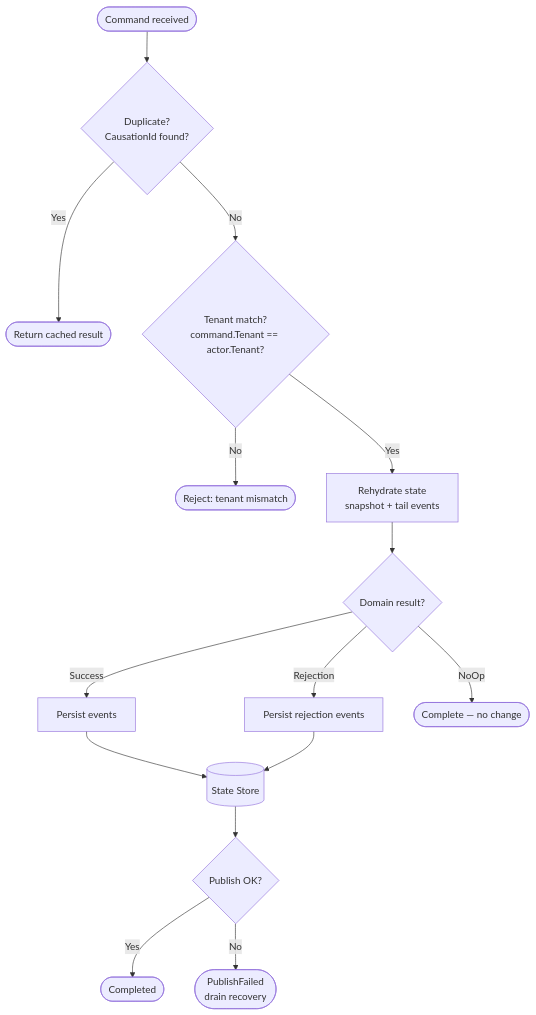
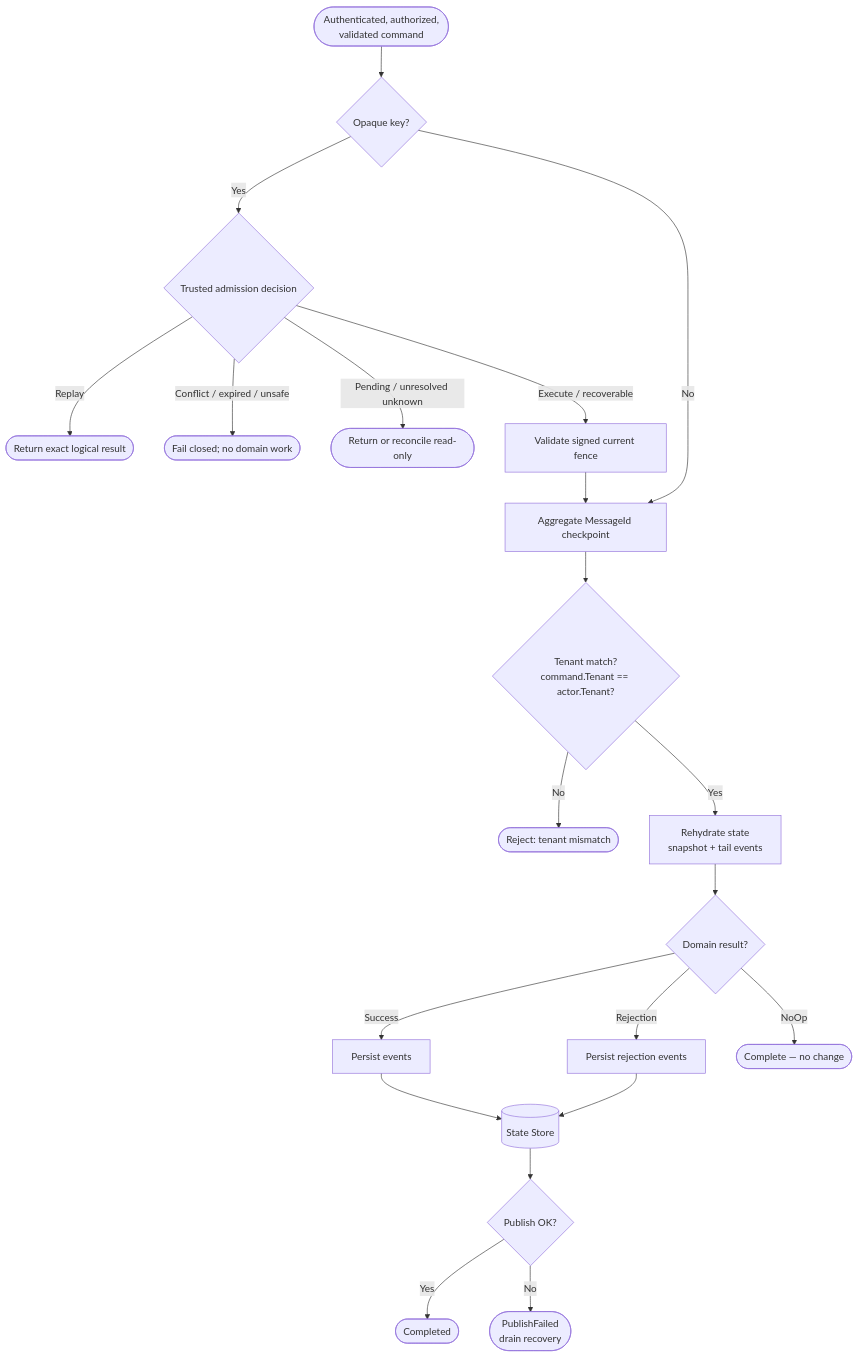
The second of 2 diagrams in docs/concepts/command-lifecycle.md (Hexalith/Hexalith.EventStore), drawn with Mermaid before and after one commit. The commit also changed other lines of this file and 127 other files, not shown here.

First line of the commit message:
feat(tests): add comprehensive unit tests for idempotency and aggregate actor functionalities

````diff
--- a/docs/concepts/command-lifecycle.md
+++ b/docs/concepts/command-lifecycle.md
@@ -207,17 +218,23 @@
 ```mermaid
 flowchart TD
-    Start([Command received]) --> Idempotency{Duplicate?<br/>CausationId found?}
-    Idempotency -->|Yes| Cached([Return cached result])
-    Idempotency -->|No| Tenant{Tenant match?<br/>command.Tenant == actor.Tenant?}
+    Start([Authenticated, authorized,<br/>validated command]) --> Admission{Opaque key?}
+    Admission -->|Yes| Classify{Trusted admission decision}
+    Classify -->|Replay| Cached([Return exact logical result])
+    Classify -->|Conflict / expired / unsafe| Stop([Fail closed; no domain work])
+    Classify -->|Pending / unresolved unknown| Wait([Return or reconcile read-only])
+    Classify -->|Execute / recoverable| Fence[Validate signed current fence]
+    Admission -->|No| Checkpoint[Aggregate MessageId checkpoint]
+    Fence --> Checkpoint
+    Checkpoint --> Tenant{Tenant match?<br/>command.Tenant == actor.Tenant?}
     Tenant -->|No| TenantReject([Reject: tenant mismatch])
     Tenant -->|Yes| Rehydrate[Rehydrate state<br/>snapshot + tail events]
     Rehydrate --> Domain{Domain result?}
     Domain -->|Success| Persist[Persist events]
     Domain -->|Rejection| PersistReject[Persist rejection events]
     Domain -->|NoOp| NoOp([Complete — no change])
     Persist --> Store[(State Store)]
     PersistReject --> Store
     Store --> Publish{Publish OK?}
     Publish -->|Yes| Completed([Completed])
     Publish -->|No| PublishFailed([PublishFailed<br/>drain recovery])
 ```
````
